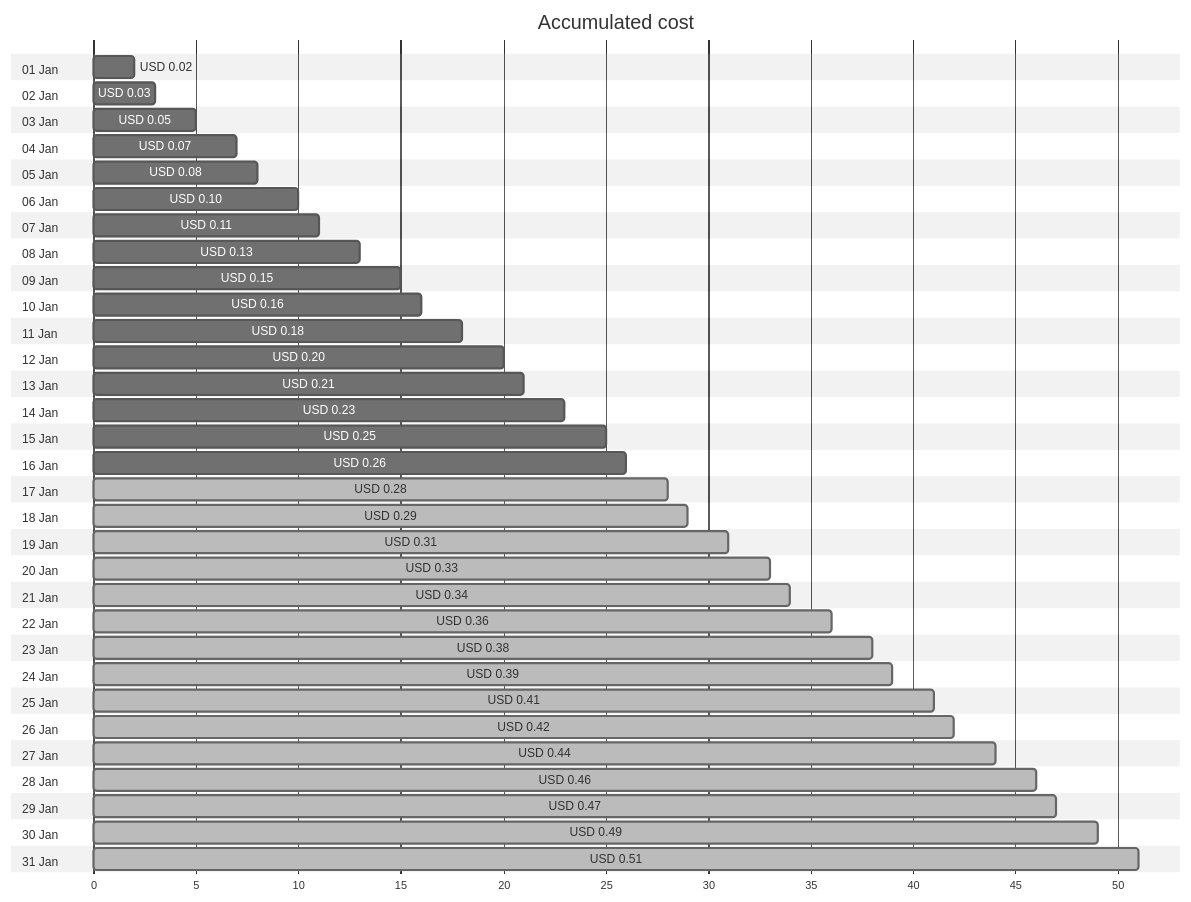
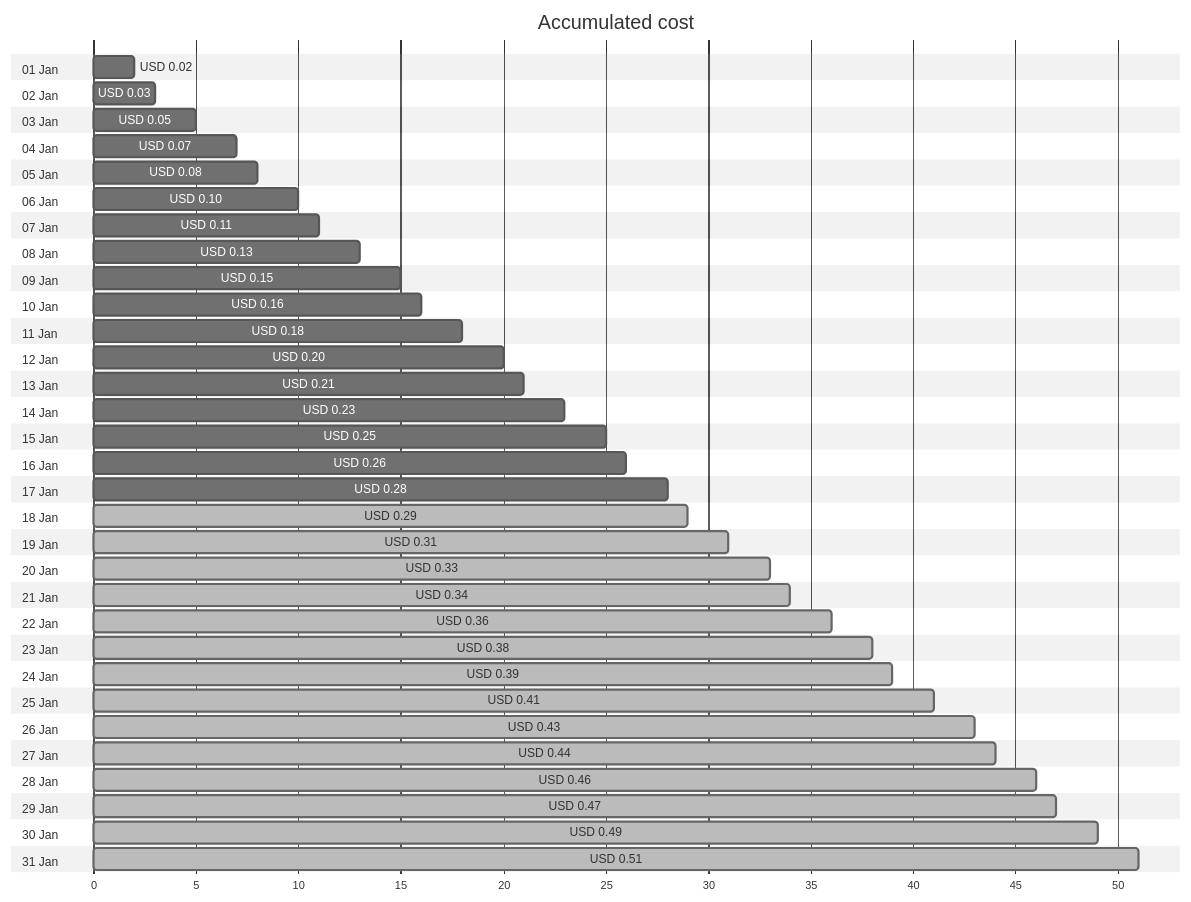
Before and after one commit to jpfulton/azure-personal-reports: the first of 4 diagrams in cost-reports/personal-dns/jpatrickfulton.com.md, drawn with Mermaid (neutral theme). The commit also changed other lines of this file and 2 other files, not shown here.

````diff
--- a/cost-reports/personal-dns/jpatrickfulton.com.md
+++ b/cost-reports/personal-dns/jpatrickfulton.com.md
@@ -20,68 +20,68 @@
 ```mermaid
 gantt
    title Accumulated cost
    dateFormat  X
    axisFormat %s
    section 01 Jan
    USD 0.02 :0, 2
    section 02 Jan
    USD 0.03 :0, 3
    section 03 Jan
    USD 0.05 :0, 5
    section 04 Jan
    USD 0.07 :0, 7
    section 05 Jan
    USD 0.08 :0, 8
    section 06 Jan
    USD 0.10 :0, 10
    section 07 Jan
    USD 0.11 :0, 11
    section 08 Jan
    USD 0.13 :0, 13
    section 09 Jan
    USD 0.15 :0, 15
    section 10 Jan
    USD 0.16 :0, 16
    section 11 Jan
    USD 0.18 :0, 18
    section 12 Jan
    USD 0.20 :0, 20
    section 13 Jan
    USD 0.21 :0, 21
    section 14 Jan
    USD 0.23 :0, 23
    section 15 Jan
    USD 0.25 :0, 25
    section 16 Jan
    USD 0.26 :0, 26
    section 17 Jan
-   USD 0.28 : done, 0, 28
+   USD 0.28 :0, 28
    section 18 Jan
    USD 0.29 : done, 0, 29
    section 19 Jan
    USD 0.31 : done, 0, 31
    section 20 Jan
    USD 0.33 : done, 0, 33
    section 21 Jan
    USD 0.34 : done, 0, 34
    section 22 Jan
    USD 0.36 : done, 0, 36
    section 23 Jan
    USD 0.38 : done, 0, 38
    section 24 Jan
    USD 0.39 : done, 0, 39
    section 25 Jan
    USD 0.41 : done, 0, 41
    section 26 Jan
-   USD 0.42 : done, 0, 42
+   USD 0.43 : done, 0, 43
    section 27 Jan
    USD 0.44 : done, 0, 44
    section 28 Jan
    USD 0.46 : done, 0, 46
    section 29 Jan
    USD 0.47 : done, 0, 47
    section 30 Jan
    USD 0.49 : done, 0, 49
    section 31 Jan
    USD 0.51 : done, 0, 51
 ```
````
